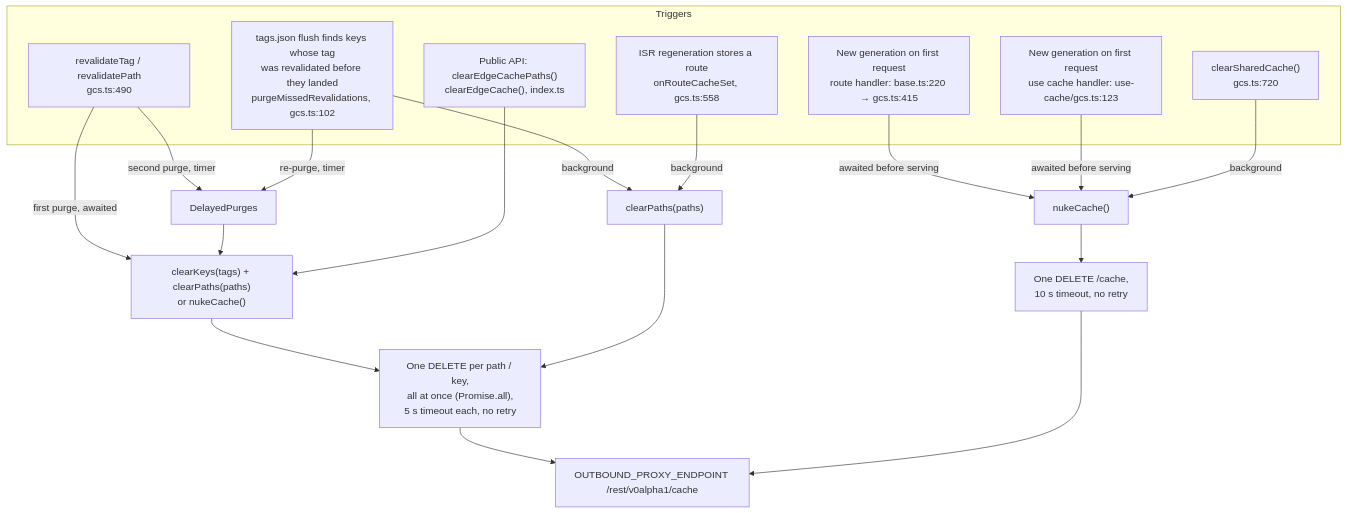
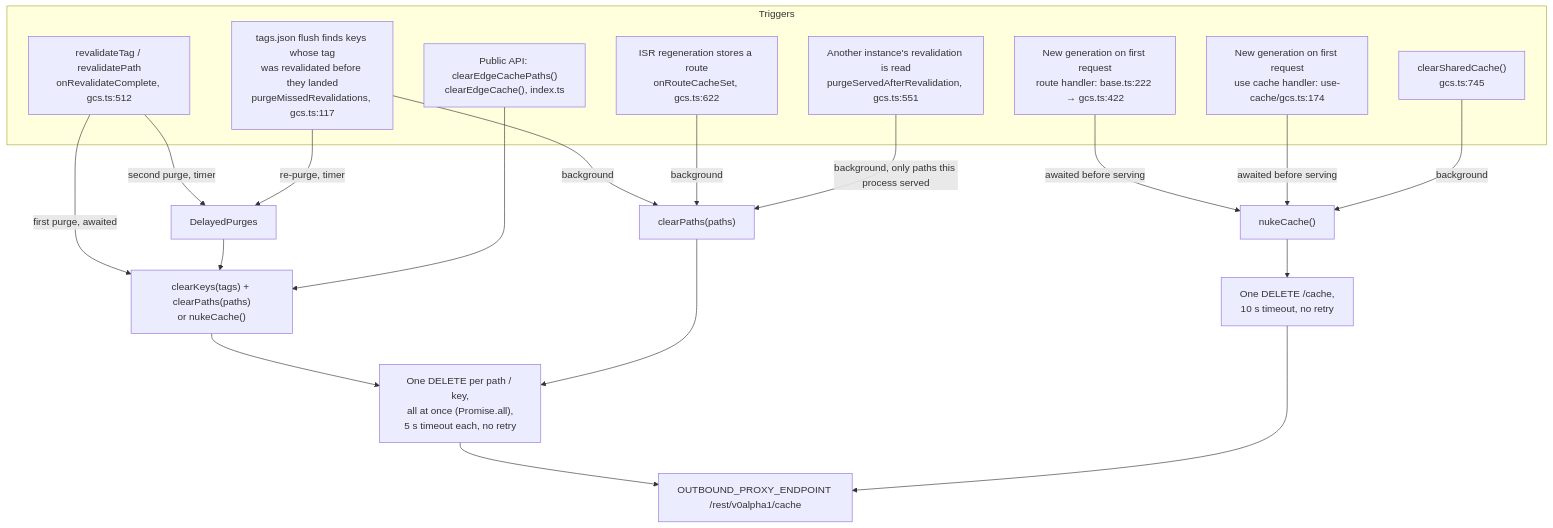
Before and after one commit to pantheon-systems/nextjs-cache-handler: the fourth of 5 diagrams in ARCHITECTURE.md, drawn with Mermaid. The commit also changed other lines of this file and 13 other files, not shown here.

First line of the commit message:
SITE-6341: Purge the CDN when learning another instance's revalidation, and keep 'use cache' hits in memory (#138)

````diff
--- a/ARCHITECTURE.md
+++ b/ARCHITECTURE.md
@@ -150,29 +188,31 @@
 ```mermaid
 flowchart TB
   subgraph triggers["Triggers"]
-    t1["revalidateTag / revalidatePath<br/>gcs.ts:490"]
-    t2["ISR regeneration stores a route<br/>onRouteCacheSet, gcs.ts:558"]
-    t3["tags.json flush finds keys whose tag<br/>was revalidated before they landed<br/>purgeMissedRevalidations, gcs.ts:102"]
-    t4["New generation on first request<br/>route handler: base.ts:220 → gcs.ts:415"]
-    t5["New generation on first request<br/>use cache handler: use-cache/gcs.ts:123"]
-    t6["clearSharedCache()<br/>gcs.ts:720"]
+    t1["revalidateTag / revalidatePath<br/>onRevalidateComplete, gcs.ts:512"]
+    t2["ISR regeneration stores a route<br/>onRouteCacheSet, gcs.ts:622"]
+    t3["tags.json flush finds keys whose tag<br/>was revalidated before they landed<br/>purgeMissedRevalidations, gcs.ts:117"]
+    t4["New generation on first request<br/>route handler: base.ts:222 → gcs.ts:422"]
+    t5["New generation on first request<br/>use cache handler: use-cache/gcs.ts:174"]
+    t6["clearSharedCache()<br/>gcs.ts:745"]
+    t8["Another instance's revalidation is read<br/>purgeServedAfterRevalidation, gcs.ts:551"]
     t7["Public API: clearEdgeCachePaths()<br/>clearEdgeCache(), index.ts"]
   end
 
   t1 -- "first purge, awaited" --> keysPaths["clearKeys(tags) + clearPaths(paths)<br/>or nukeCache()"]
   t1 -- "second purge, timer" --> dp[DelayedPurges]
   t3 -- "background" --> paths1["clearPaths(paths)"]
   t3 -- "re-purge, timer" --> dp
   dp --> keysPaths
   t2 -- "background" --> paths1
   t4 -- "awaited before serving" --> nuke["nukeCache()"]
   t5 -- "awaited before serving" --> nuke
   t6 -- "background" --> nuke
   t7 --> keysPaths
+  t8 -- "background, only paths this process served" --> paths1
 
   keysPaths --> fan["One DELETE per path / key,<br/>all at once (Promise.all),<br/>5 s timeout each, no retry"]
   paths1 --> fan
   nuke --> one["One DELETE /cache,<br/>10 s timeout, no retry"]
   fan --> proxy[OUTBOUND_PROXY_ENDPOINT /rest/v0alpha1/cache]
   one --> proxy
 ```
````
